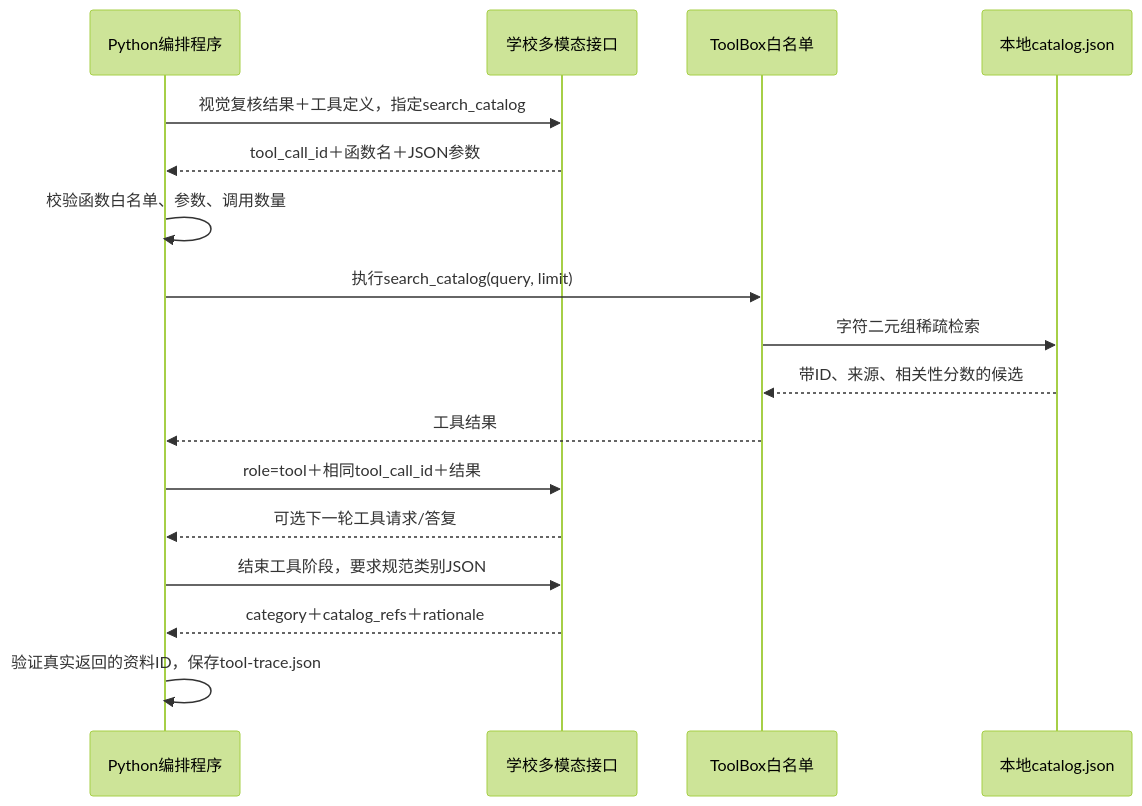
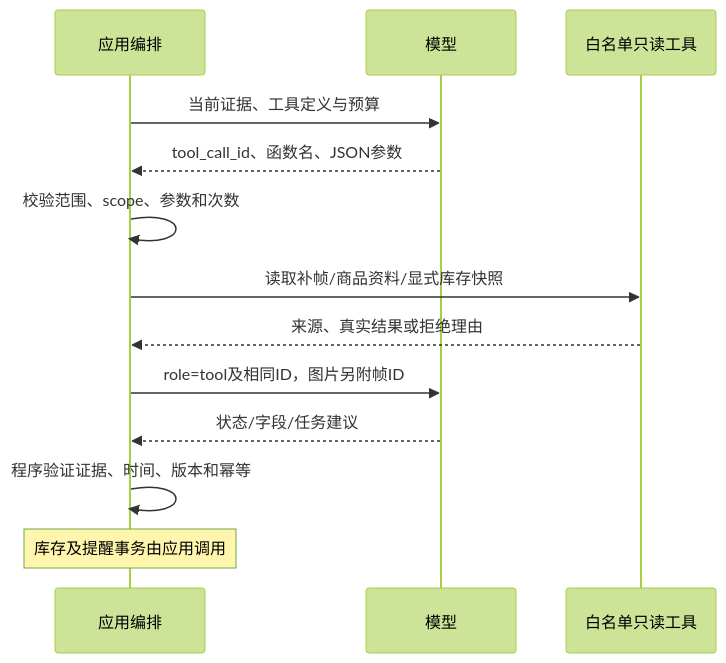
One commit to ZnAtom/MindBox changed the third of 4 diagrams in code/doc/processing-flow.md. Above: the diagram before and after it, drawn with Mermaid (forest theme). The commit also changed other lines of this file and 8 other files, not shown here.

````diff
--- a/code/doc/processing-flow.md
+++ b/code/doc/processing-flow.md
@@ -95,19 +83,15 @@
 ```mermaid
 sequenceDiagram
-    participant P as Python编排程序
-    participant L as 学校多模态接口
-    participant T as ToolBox白名单
-    participant K as 本地catalog.json
-    P->>L: 视觉复核结果＋工具定义，指定search_catalog
-    L-->>P: tool_call_id＋函数名＋JSON参数
-    P->>P: 校验函数白名单、参数、调用数量
-    P->>T: 执行search_catalog(query, limit)
-    T->>K: 字符二元组稀疏检索
-    K-->>T: 带ID、来源、相关性分数的候选
-    T-->>P: 工具结果
-    P->>L: role=tool＋相同tool_call_id＋结果
-    L-->>P: 可选下一轮工具请求/答复
-    P->>L: 结束工具阶段，要求规范类别JSON
-    L-->>P: category＋catalog_refs＋rationale
-    P->>P: 验证真实返回的资料ID，保存tool-trace.json
+    participant P as 应用编排
+    participant M as 模型
+    participant T as 白名单只读工具
+    P->>M: 当前证据、工具定义与预算
+    M-->>P: tool_call_id、函数名、JSON参数
+    P->>P: 校验范围、scope、参数和次数
+    P->>T: 读取补帧/商品资料/显式库存快照
+    T-->>P: 来源、真实结果或拒绝理由
+    P->>M: role=tool及相同ID，图片另附帧ID
+    M-->>P: 状态/字段/任务建议
+    P->>P: 程序验证证据、时间、版本和幂等
+    Note over P: 库存及提醒事务由应用调用
 ```
````
